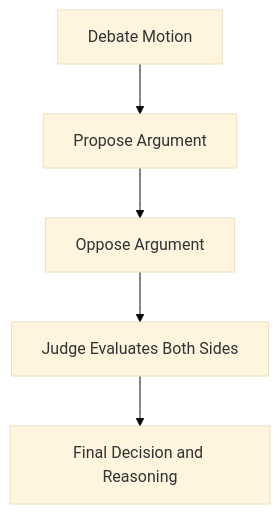
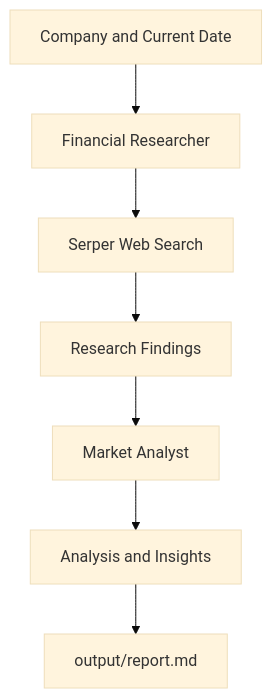
Before and after one commit to Sanketram05/crewai-financial-researcher: the diagram in README.md, drawn with Mermaid (base theme). The commit also changed other lines of this file, not shown here.

First line of the commit message:
Document Financial Researcher application in README

````diff
--- a/README.md
+++ b/README.md
@@ -17,7 +16,9 @@
 ```mermaid
 flowchart TD
-    A[Debate Motion] --> B[Propose Argument]
-    B --> C[Oppose Argument]
-    C --> D[Judge Evaluates Both Sides]
-    D --> E[Final Decision and Reasoning]
+    A[Company and Current Date] --> B[Financial Researcher]
+    B --> C[Serper Web Search]
+    C --> D[Research Findings]
+    D --> E[Market Analyst]
+    E --> F[Analysis and Insights]
+    F --> G[output/report.md]
 ```
````
